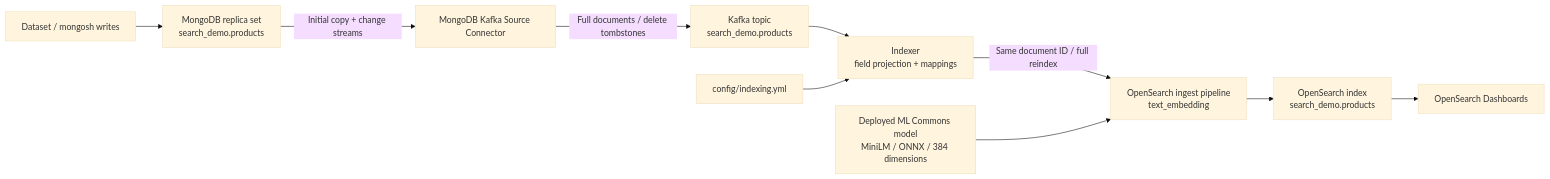
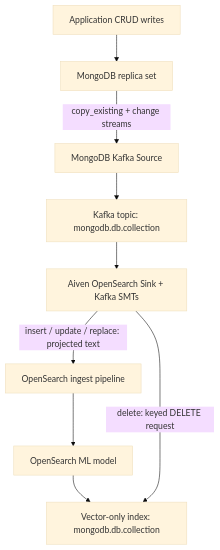
One commit to olexandr-havryliak/rust-sdk-mongodb-extension changed the first of 2 diagrams in examples/opensearch/ARCHITECTURE.md. Above: the diagram before and after it, drawn with Mermaid (base theme). The commit also changed other lines of this file and 57 other files, not shown here.

````diff
--- a/examples/opensearch/ARCHITECTURE.md
+++ b/examples/opensearch/ARCHITECTURE.md
@@ -9,12 +10,11 @@
 ```mermaid
-flowchart LR
-    Seed[Dataset / mongosh writes] --> Mongo[MongoDB replica set<br/>search_demo.products]
-    Mongo -->|Initial copy + change streams| Connect[MongoDB Kafka Source Connector]
-    Connect -->|Full documents / delete tombstones| Kafka[Kafka topic<br/>search_demo.products]
-    Kafka --> Indexer[Indexer<br/>field projection + mappings]
-    Config[config/indexing.yml] --> Indexer
-    Indexer -->|Same document ID / full reindex| Ingest[OpenSearch ingest pipeline<br/>text_embedding]
-    Model[Deployed ML Commons model<br/>MiniLM / ONNX / 384 dimensions] --> Ingest
-    Ingest --> Index[OpenSearch index<br/>search_demo.products]
-    Index --> Dashboards[OpenSearch Dashboards]
+flowchart TB
+    Writes[Application CRUD writes] --> Mongo[MongoDB replica set]
+    Mongo -->|copy_existing + change streams| Source[MongoDB Kafka Source]
+    Source --> Kafka[Kafka topic: mongodb.db.collection]
+    Kafka --> Sink[Aiven OpenSearch Sink + Kafka SMTs]
+    Sink -->|insert / update / replace: projected text| Ingest[OpenSearch ingest pipeline]
+    Ingest --> Model[OpenSearch ML model]
+    Model --> Index[Vector-only index: mongodb.db.collection]
+    Sink -->|delete: keyed DELETE request| Index
 ```
````
